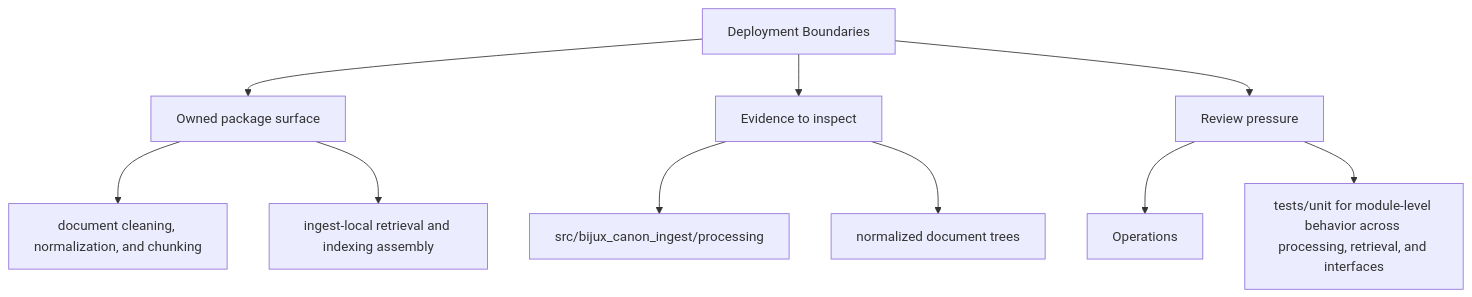
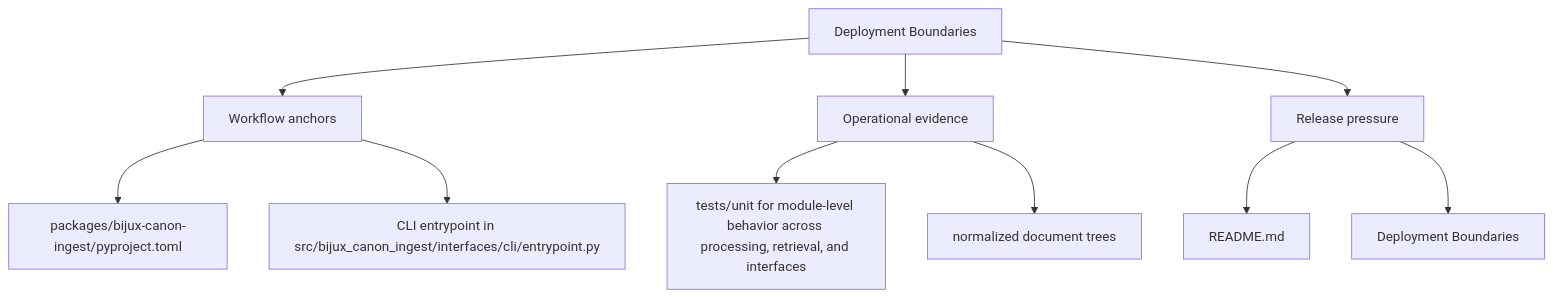
Before and after one commit to bijux/bijux-canon: the second of 2 diagrams in docs/bijux-canon-ingest/operations/deployment-boundaries.md, drawn with Mermaid. The commit also changed other lines of this file and 250 other files, not shown here.

Commit message:
docs(diagrams): make product page maps more readable

````diff
--- a/docs/bijux-canon-ingest/operations/deployment-boundaries.md
+++ b/docs/bijux-canon-ingest/operations/deployment-boundaries.md
@@ -34,22 +34,22 @@
 ```mermaid
 flowchart TD
     page["Deployment Boundaries"]
-    focus1["Owned package surface"]
+    focus1["Workflow anchors"]
     page --> focus1
-    focus1_1["document cleaning, normalization, and chunking"]
+    focus1_1["packages/bijux-canon-ingest/pyproject.toml"]
     focus1 --> focus1_1
-    focus1_2["ingest-local retrieval and indexing assembly"]
+    focus1_2["CLI entrypoint in src/bijux_canon_ingest/interfaces/cli/entrypoint.py"]
     focus1 --> focus1_2
-    focus2["Evidence to inspect"]
+    focus2["Operational evidence"]
     page --> focus2
-    focus2_1["src/bijux_canon_ingest/processing"]
+    focus2_1["tests/unit for module-level behavior across processing, retrieval, and interfaces"]
     focus2 --> focus2_1
     focus2_2["normalized document trees"]
     focus2 --> focus2_2
-    focus3["Review pressure"]
+    focus3["Release pressure"]
     page --> focus3
-    focus3_1["Operations"]
+    focus3_1["README.md"]
     focus3 --> focus3_1
-    focus3_2["tests/unit for module-level behavior across processing, retrieval, and interfaces"]
+    focus3_2["Deployment Boundaries"]
     focus3 --> focus3_2
 ```
````
